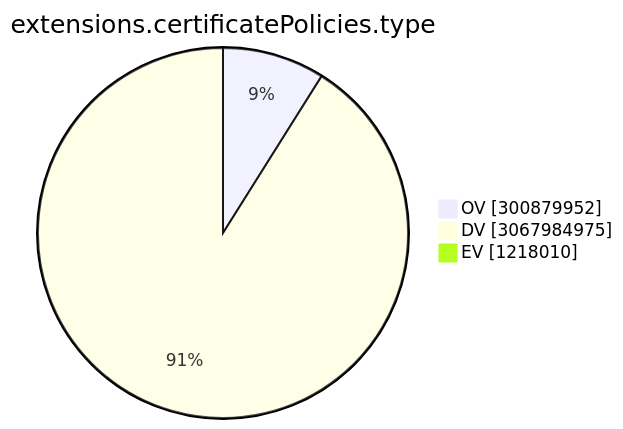
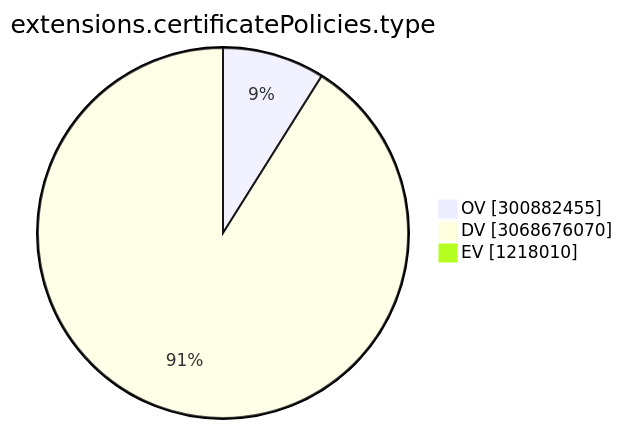
The ninth of 15 diagrams in TOTAL/README.md (christiankrug/ctmonitor_visualization), drawn with Mermaid before and after one commit. The commit also changed other lines of this file, not shown here.

````diff
--- a/TOTAL/README.md
+++ b/TOTAL/README.md
@@ -3102,7 +3102,7 @@
 ```mermaid
 pie showData
 title extensions.certificatePolicies.type
-"OV" :300879952
-"DV" :3067984975
+"OV" :300882455
+"DV" :3068676070
 "EV" :1218010
 ```
````
